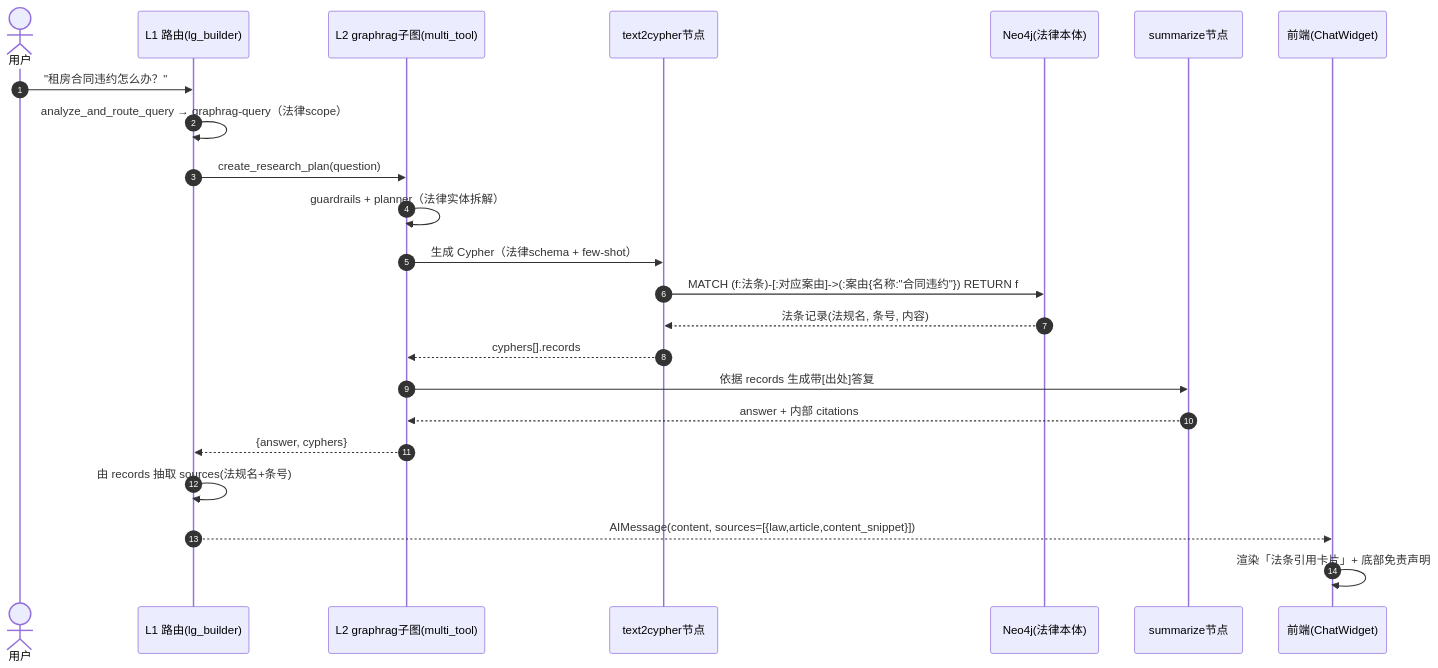
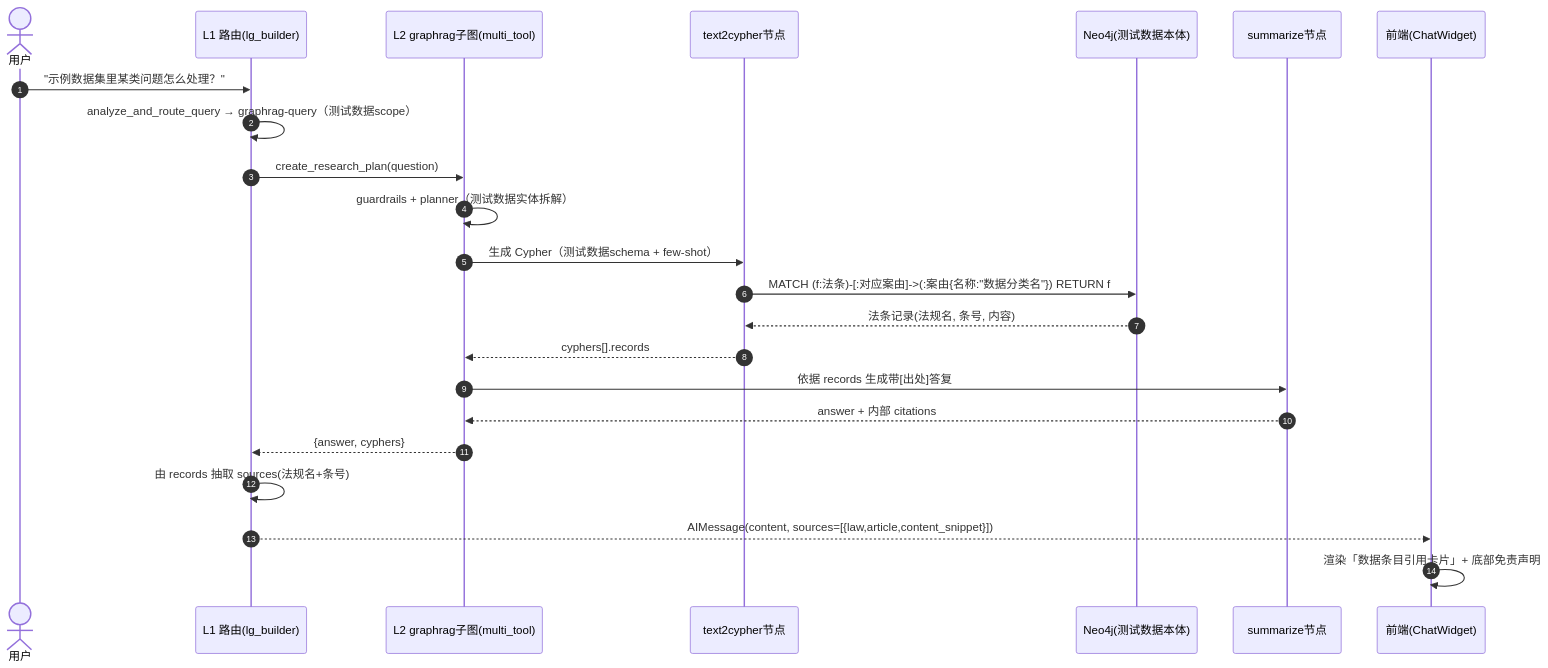
The diagram in docs/design/sequence-diagram.mermaid (Jia-Yihao/My-Agentix), drawn with Mermaid before and after one commit. The commit also changed 197 other files, not shown here.

```diff
--- a/docs/design/sequence-diagram.mermaid
+++ b/docs/design/sequence-diagram.mermaid
@@ -1,24 +1,24 @@
 sequenceDiagram
     autonumber
     actor U as 用户
     participant L1 as L1 路由(lg_builder)
     participant L2 as L2 graphrag子图(multi_tool)
     participant TC as text2cypher节点
-    participant N4 as Neo4j(法律本体)
+    participant N4 as Neo4j(测试数据本体)
     participant SUM as summarize节点
     participant FE as 前端(ChatWidget)
 
-    U->>L1: "租房合同违约怎么办？"
-    L1->>L1: analyze_and_route_query → graphrag-query（法律scope）
+    U->>L1: "示例数据集里某类问题怎么处理？"
+    L1->>L1: analyze_and_route_query → graphrag-query（测试数据scope）
     L1->>L2: create_research_plan(question)
-    L2->>L2: guardrails + planner（法律实体拆解）
-    L2->>TC: 生成 Cypher（法律schema + few-shot）
-    TC->>N4: MATCH (f:法条)-[:对应案由]->(:案由{名称:"合同违约"}) RETURN f
+    L2->>L2: guardrails + planner（测试数据实体拆解）
+    L2->>TC: 生成 Cypher（测试数据schema + few-shot）
+    TC->>N4: MATCH (f:法条)-[:对应案由]->(:案由{名称:"数据分类名"}) RETURN f
     N4-->>TC: 法条记录(法规名, 条号, 内容)
     TC-->>L2: cyphers[].records
     L2->>SUM: 依据 records 生成带[出处]答复
     SUM-->>L2: answer + 内部 citations
     L2-->>L1: {answer, cyphers}
     L1->>L1: 由 records 抽取 sources(法规名+条号)
     L1-->>FE: AIMessage(content, sources=[{law,article,content_snippet}])
-    FE->>FE: 渲染「法条引用卡片」+ 底部免责声明
+    FE->>FE: 渲染「数据条目引用卡片」+ 底部免责声明
```
